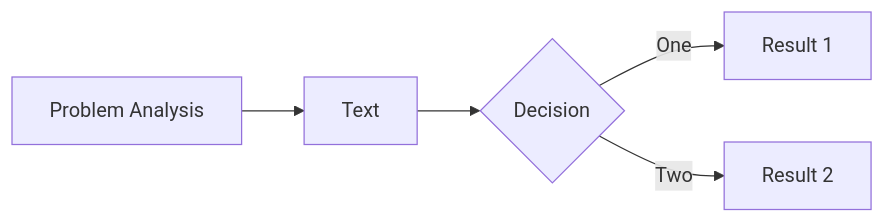
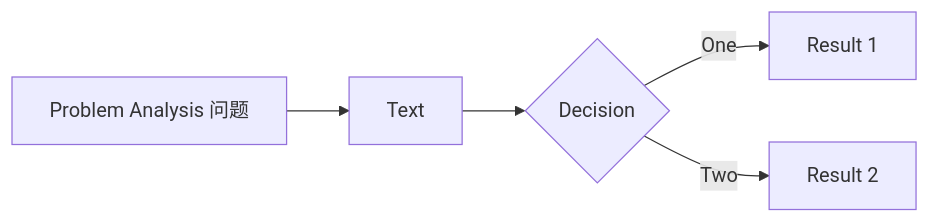
The first of 3 diagrams in 📘ClassNotes/Markdown & Latex Tutorial/obsidian usage/Graphic_Practice.md (FRIEDparrot/ClassReview), drawn with Mermaid before and after one commit. The commit also changed 55 other files, not shown here.

````diff
--- a/📘ClassNotes/Markdown & Latex Tutorial/obsidian usage/Graphic_Practice.md
+++ b/📘ClassNotes/Markdown & Latex Tutorial/obsidian usage/Graphic_Practice.md
@@ -3,7 +3,7 @@
 ```mermaid
 graph LR 
-A[Problem Analysis]--> B
+A[Problem Analysis 问题]--> B
 B[Text] --> C{Decision}
 C -->|One| D[Result 1] 
 C -->|Two| E[Result 2]
 ```
````
